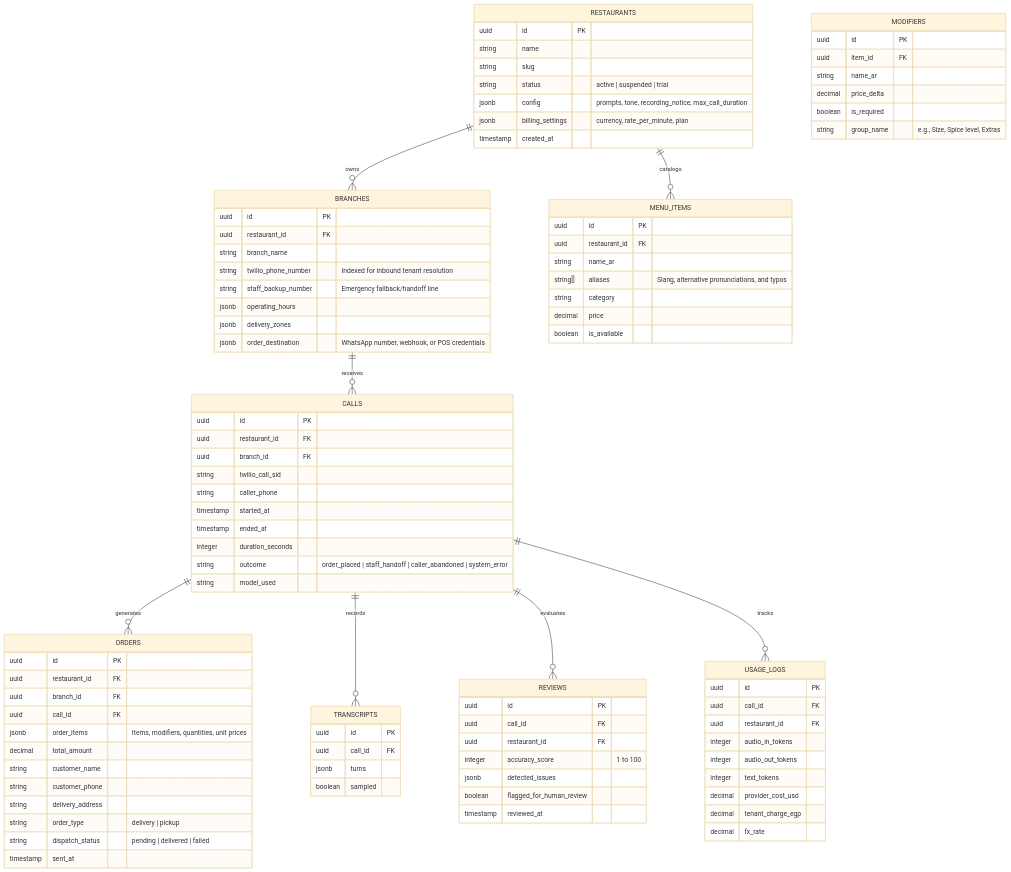
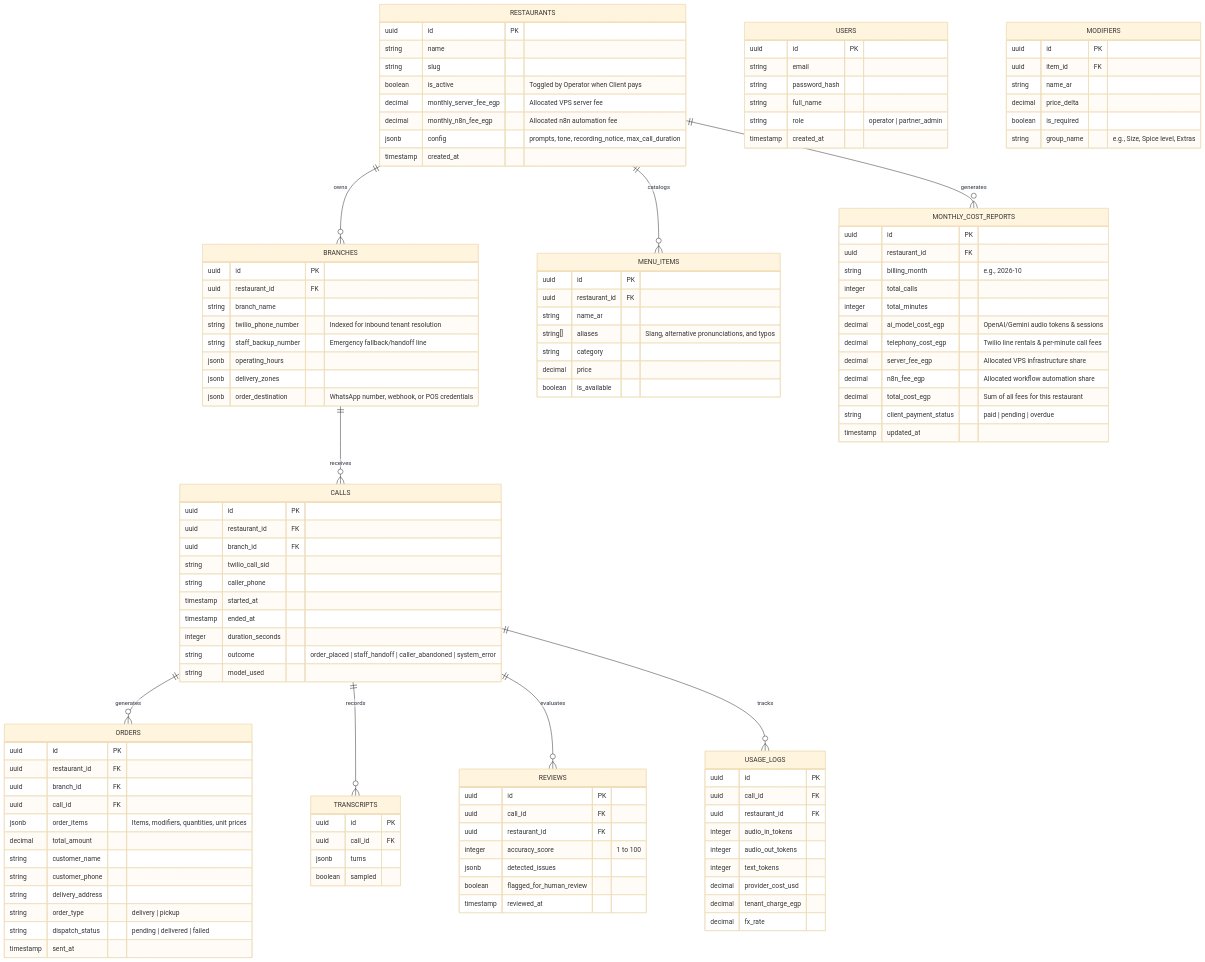
Before and after one commit to AhmedAdel7472/Automation_Project: the diagram in README.md, drawn with Mermaid (base theme). The commit also changed other lines of this file, not shown here.

```diff
--- a/README.md
+++ b/README.md
@@ -197,20 +251,46 @@
 erDiagram
     RESTAURANTS ||--o{ BRANCHES : owns
     RESTAURANTS ||--o{ MENU_ITEMS : catalogs
+    RESTAURANTS ||--o{ MONTHLY_COST_REPORTS : generates
     BRANCHES ||--o{ CALLS : receives
     CALLS ||--o{ ORDERS : generates
     CALLS ||--o{ TRANSCRIPTS : records
     CALLS ||--o{ REVIEWS : evaluates
     CALLS ||--o{ USAGE_LOGS : tracks
 
+    USERS {
+        uuid id PK
+        string email
+        string password_hash
+        string full_name
+        string role "operator | partner_admin"
+        timestamp created_at
+    }
+
     RESTAURANTS {
         uuid id PK
         string name
         string slug
-        string status "active | suspended | trial"
+        boolean is_active "Toggled by Operator when Client pays"
+        decimal monthly_server_fee_egp "Allocated VPS server fee"
+        decimal monthly_n8n_fee_egp "Allocated n8n automation fee"
         jsonb config "prompts, tone, recording_notice, max_call_duration"
-        jsonb billing_settings "currency, rate_per_minute, plan"
         timestamp created_at
+    }
+
+    MONTHLY_COST_REPORTS {
+        uuid id PK
+        uuid restaurant_id FK
+        string billing_month "e.g., 2026-10"
+        integer total_calls
+        integer total_minutes
+        decimal ai_model_cost_egp "OpenAI/Gemini audio tokens & sessions"
+        decimal telephony_cost_egp "Twilio line rentals & per-minute call fees"
+        decimal server_fee_egp "Allocated VPS infrastructure share"
+        decimal n8n_fee_egp "Allocated workflow automation share"
+        decimal total_cost_egp "Sum of all fees for this restaurant"
+        string client_payment_status "paid | pending | overdue"
+        timestamp updated_at
     }
 
     BRANCHES {
```
